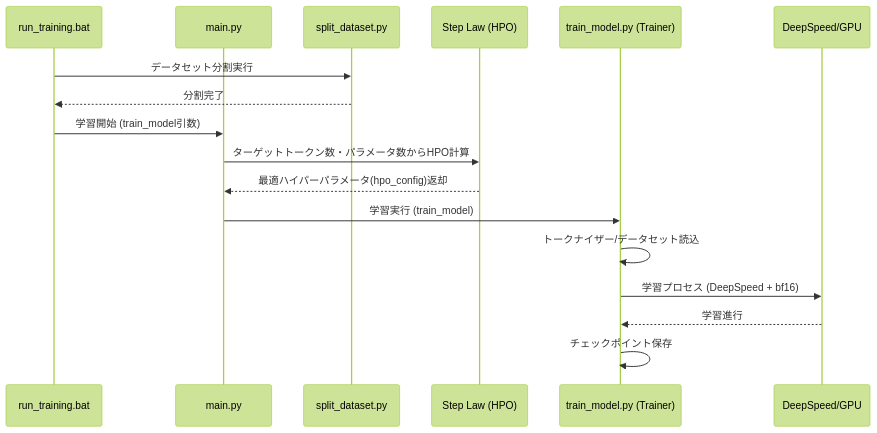
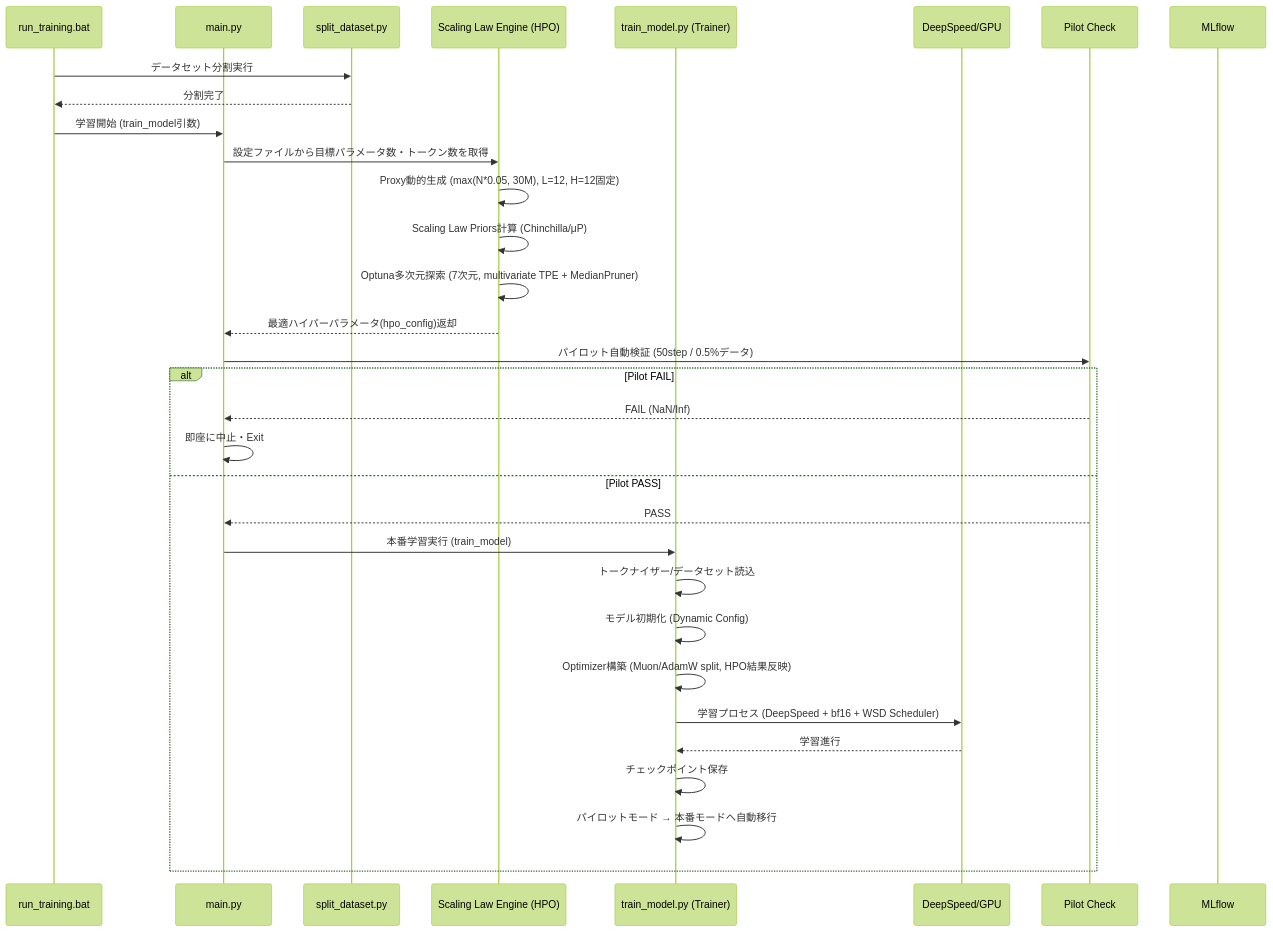
Before and after one commit to ayato-labs/LLM_Training_0001: the diagram in docs/シーケンス図.md, drawn with Mermaid (forest theme). The commit also changed 4 other files, not shown here.

First line of the commit message:
docs: expand HPO search ranges and update architecture diagrams

````diff
--- a/docs/シーケンス図.md
+++ b/docs/シーケンス図.md
@@ -3,20 +3,35 @@
 ```mermaid
 sequenceDiagram
     participant B as run_training.bat
     participant M as main.py
     participant S as split_dataset.py
-    participant H as Step Law (HPO)
+    participant H as Scaling Law Engine (HPO)
     participant T as train_model.py (Trainer)
     participant D as DeepSpeed/GPU
+    participant P as Pilot Check
+    participant ML as MLflow
 
     B->>S: データセット分割実行
     S-->>B: 分割完了
     B->>M: 学習開始 (train_model引数)
-    M->>H: ターゲットトークン数・パラメータ数からHPO計算
+    M->>H: 設定ファイルから目標パラメータ数・トークン数を取得
+    H->>H: Proxy動的生成 (max(N*0.05, 30M), L=12, H=12固定)
+    H->>H: Scaling Law Priors計算 (Chinchilla/μP)
+    H->>H: Optuna多次元探索 (7次元, multivariate TPE + MedianPruner)
     H-->>M: 最適ハイパーパラメータ(hpo_config)返却
-    M->>T: 学習実行 (train_model)
-    T->>T: トークナイザー/データセット読込
-    T->>D: 学習プロセス (DeepSpeed + bf16)
-    D-->>T: 学習進行
-    T->>T: チェックポイント保存
+    M->>P: パイロット自動検証 (50step / 0.5%データ)
+    alt Pilot FAIL
+        P-->>M: FAIL (NaN/Inf)
+        M->>M: 即座に中止・Exit
+    else Pilot PASS
+        P-->>M: PASS
+        M->>T: 本番学習実行 (train_model)
+        T->>T: トークナイザー/データセット読込
+        T->>T: モデル初期化 (Dynamic Config)
+        T->>T: Optimizer構築 (Muon/AdamW split, HPO結果反映)
+        T->>D: 学習プロセス (DeepSpeed + bf16 + WSD Scheduler)
+        D-->>T: 学習進行
+        T->>T: チェックポイント保存
+        T->>T: パイロットモード → 本番モードへ自動移行
+    end
 ```
````
